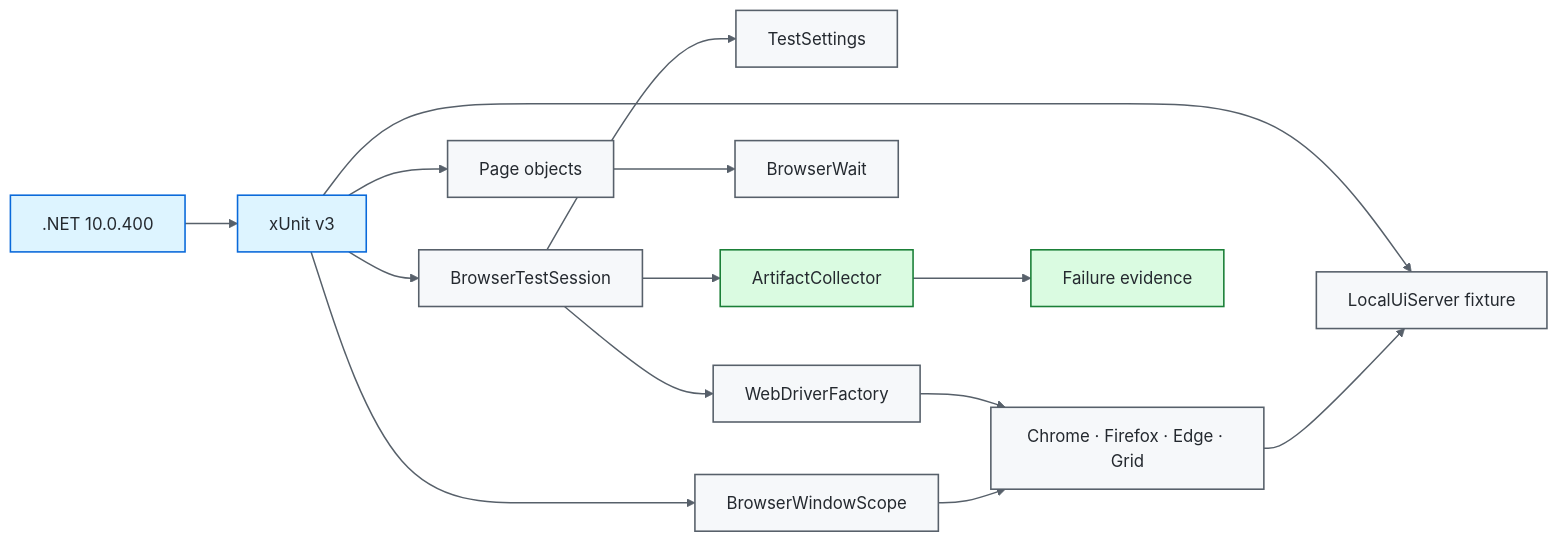
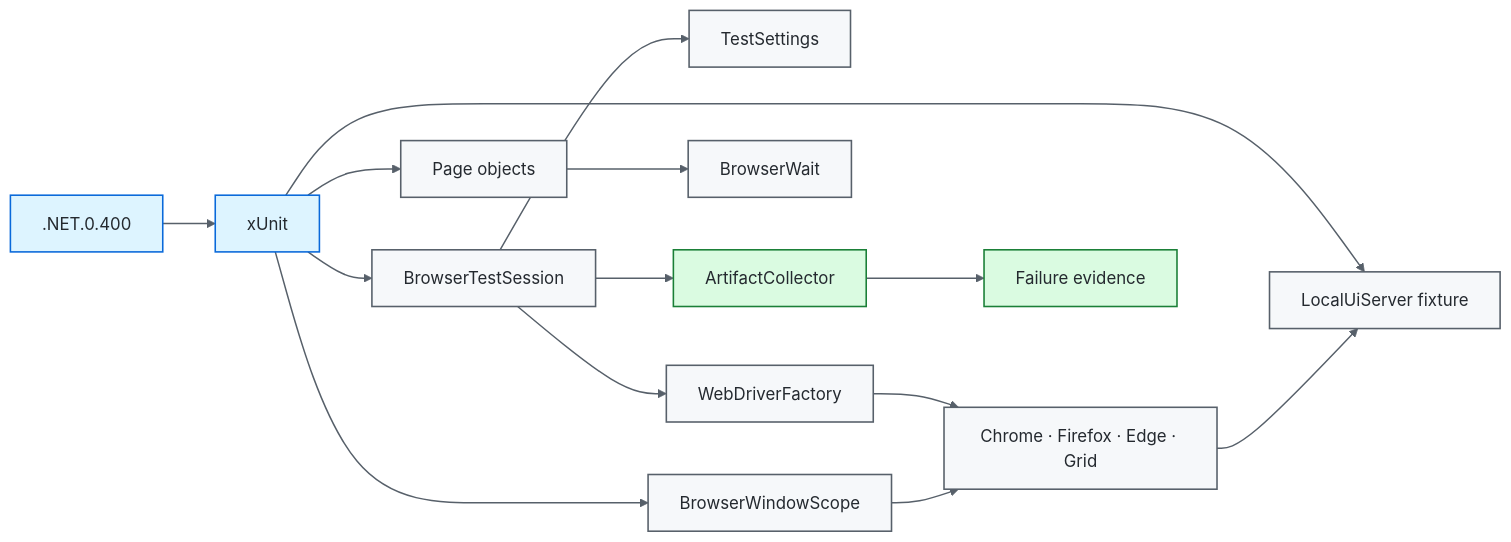
One commit to portyu9/qa-automation-dotnet-selenium changed the first of 2 diagrams in README.md. Above: the diagram before and after it, drawn with Mermaid. The commit also changed other lines of this file and 3 other files, not shown here.

````diff
--- a/README.md
+++ b/README.md
@@ -42,24 +42,24 @@
 ```mermaid
 flowchart LR
-    SDK[.NET 10.0.400] --> TEST[xUnit v3]
+    SDK[.NET.0.400] --> TEST[xUnit]
     TEST --> SESSION[BrowserTestSession]
     SESSION --> CFG[TestSettings]
     SESSION --> DRIVER[WebDriverFactory]
     TEST --> PAGE[Page objects]
     PAGE --> WAIT[BrowserWait]
     TEST --> FIX[LocalUiServer fixture]
     TEST --> WINDOW[BrowserWindowScope]
     DRIVER --> BROWSER[Chrome · Firefox · Edge · Grid]
     BROWSER --> FIX
     WINDOW --> BROWSER
     SESSION --> ART[ArtifactCollector]
     ART --> EV[Failure evidence]
 
     classDef entry fill:#ddf4ff,stroke:#0969da,color:#24292f,stroke-width:1.5px;
     classDef core fill:#f6f8fa,stroke:#57606a,color:#24292f,stroke-width:1.5px;
     classDef evidence fill:#dafbe1,stroke:#1a7f37,color:#24292f,stroke-width:1.5px;
     class SDK,TEST entry;
     class SESSION,CFG,DRIVER,PAGE,WAIT,FIX,WINDOW,BROWSER core;
     class ART,EV evidence;
     linkStyle default stroke:#57606a,stroke-width:1.4px;
 ```
````
